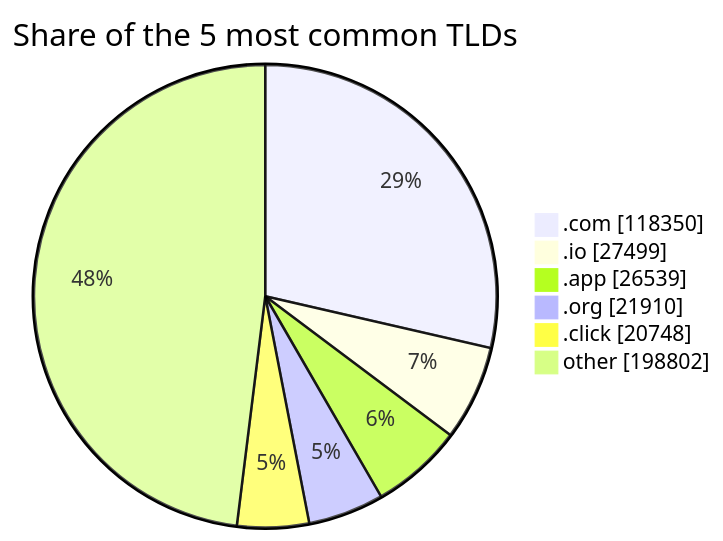
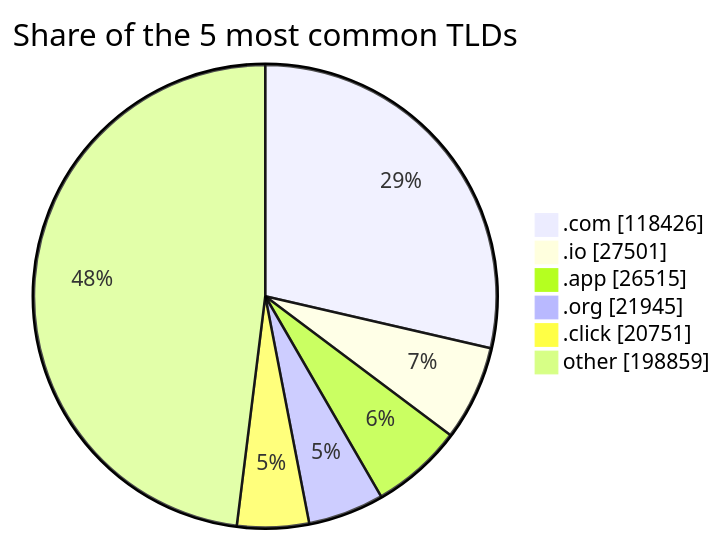
One commit to DNSBunker/CTI changed the third of 3 diagrams in README.md. Above: the diagram before and after it, drawn with Mermaid. The commit also changed other lines of this file and 3 other files, not shown here.

````diff
--- a/README.md
+++ b/README.md
@@ -81,9 +81,9 @@
 ```mermaid
 pie showData title Share of the 5 most common TLDs
-    ".com" : 118350
-    ".io" : 27499
-    ".app" : 26539
-    ".org" : 21910
-    ".click" : 20748
-    "other" : 198802
+    ".com" : 118426
+    ".io" : 27501
+    ".app" : 26515
+    ".org" : 21945
+    ".click" : 20751
+    "other" : 198859
 ```
````
